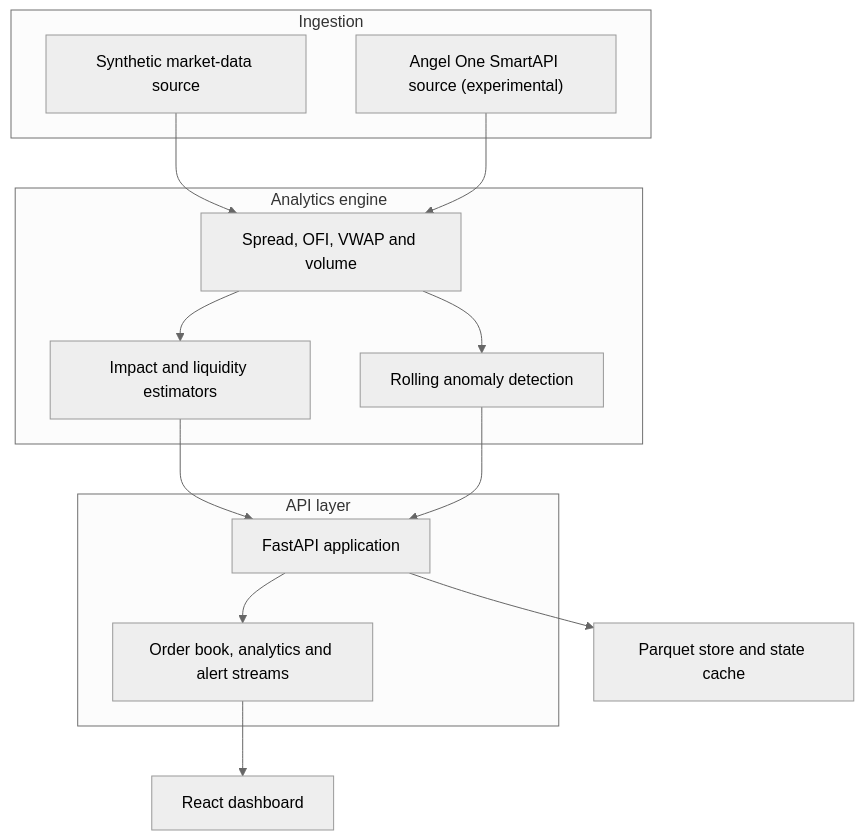
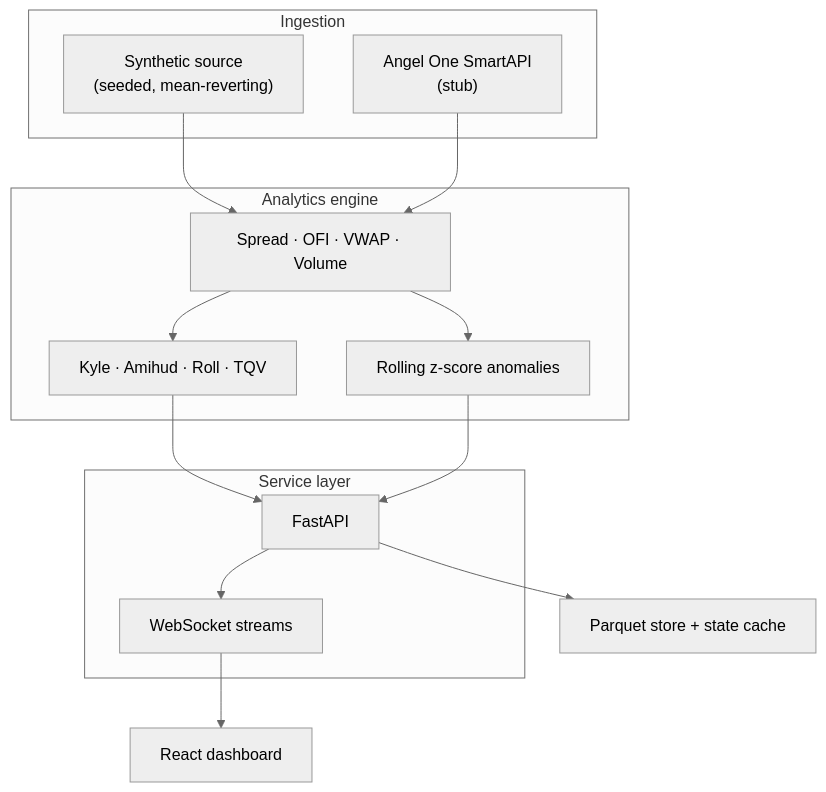
The diagram in README.md (aariiparekh3012-collab/market-microstructure-analyzer), drawn with Mermaid (neutral theme) before and after one commit. The commit also changed other lines of this file and 30 other files, not shown here.

````diff
--- a/README.md
+++ b/README.md
@@ -170,31 +129,27 @@
 ```mermaid
 flowchart TB
     subgraph Ingestion
-        Mock["Synthetic market-data source"]
-        Angel["Angel One SmartAPI source (experimental)"]
+        Mock["Synthetic source<br/>(seeded, mean-reverting)"]
+        Angel["Angel One SmartAPI<br/>(stub)"]
     end
-
-    subgraph Engine[Analytics engine]
-        Core["Spread, OFI, VWAP and volume"]
-        Research["Impact and liquidity estimators"]
-        Alerts["Rolling anomaly detection"]
+    subgraph Engine["Analytics engine"]
+        Core["Spread · OFI · VWAP · Volume"]
+        Research["Kyle · Amihud · Roll · TQV"]
+        Alerts["Rolling z-score anomalies"]
     end
-
-    subgraph Service[API layer]
-        API["FastAPI application"]
-        WS["Order book, analytics and alert streams"]
+    subgraph Service["Service layer"]
+        API["FastAPI"]
+        WS["WebSocket streams"]
     end
-
     UI["React dashboard"]
-    Store["Parquet store and state cache"]
+    Store["Parquet store + state cache"]
 
     Mock --> Core
     Angel --> Core
     Core --> Research
     Core --> Alerts
     Research --> API
     Alerts --> API
-    API --> WS
-    WS --> UI
+    API --> WS --> UI
     API --> Store
 ```
````
